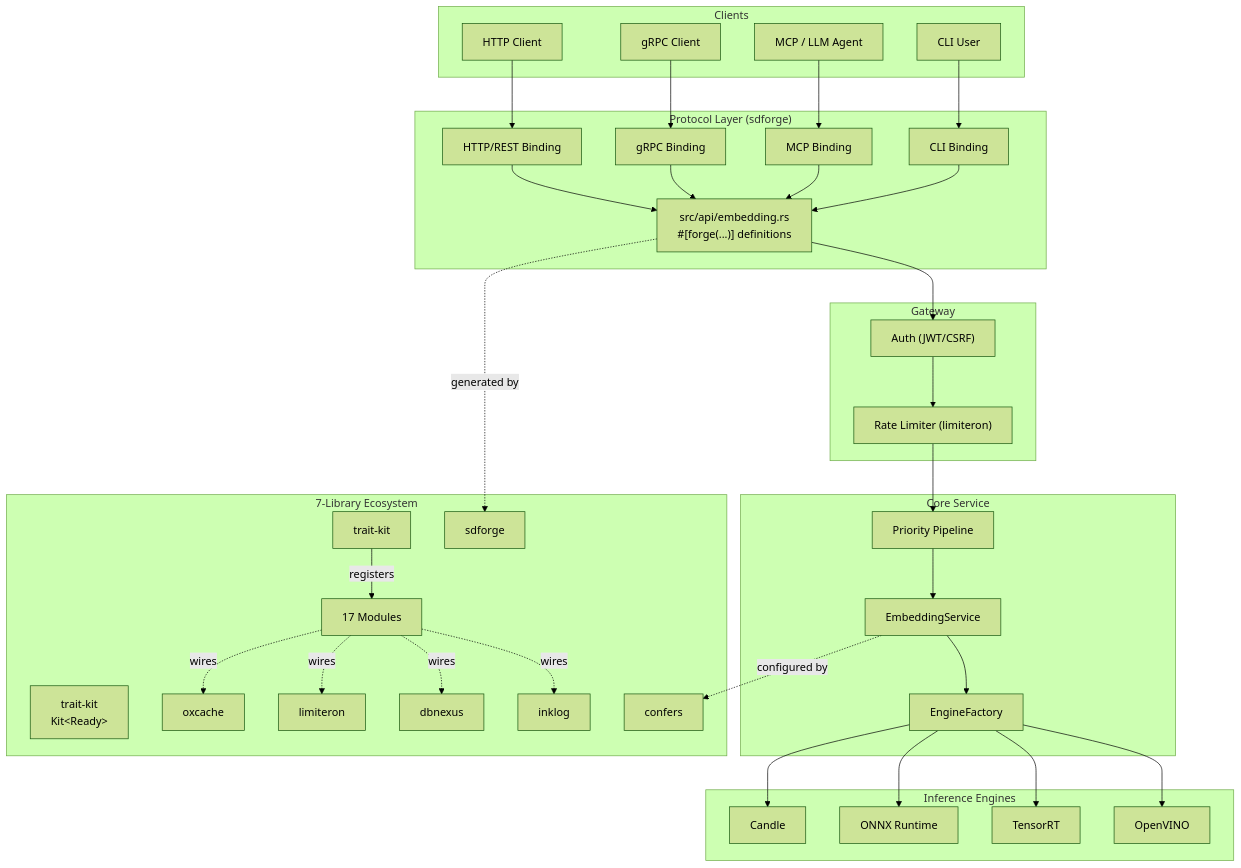
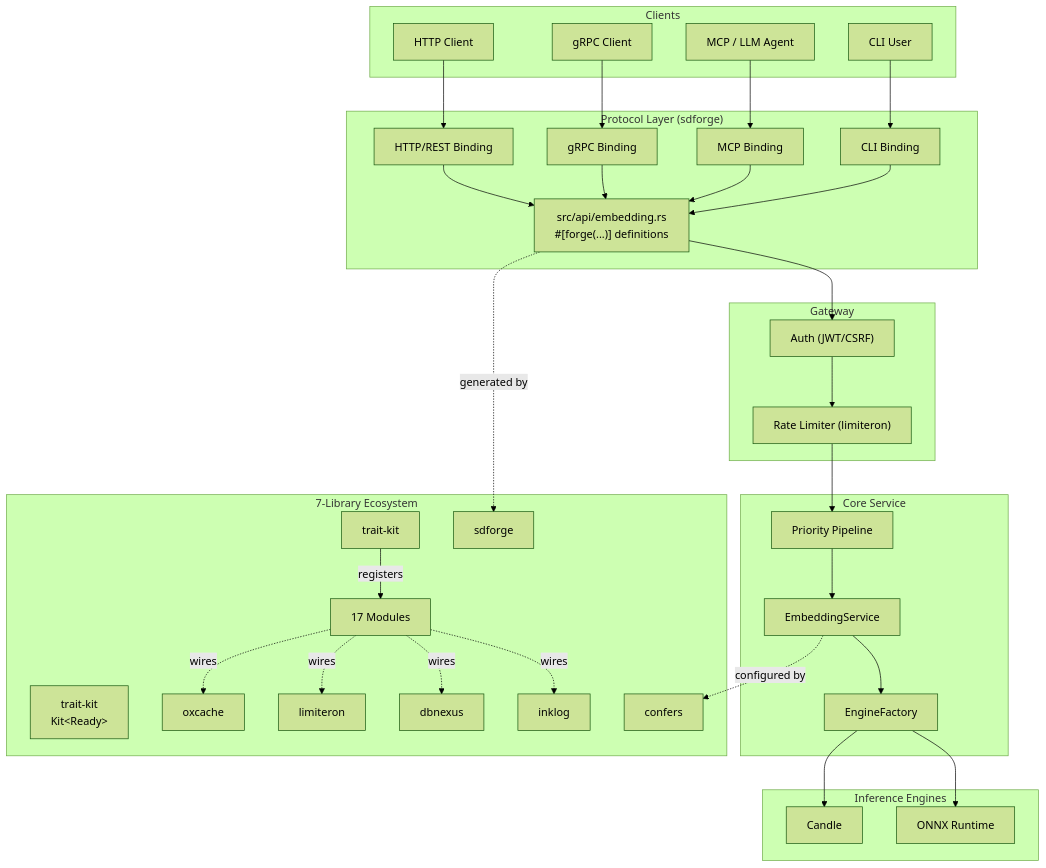
Before and after one commit to Kirky-X/vecboost: the first of 7 diagrams in docs/ARCHITECTURE.md, drawn with Mermaid (forest theme). The commit also changed other lines of this file and 6 other files, not shown here.

````diff
--- a/docs/ARCHITECTURE.md
+++ b/docs/ARCHITECTURE.md
@@ -13,60 +13,58 @@
 ```mermaid
 graph TB
     subgraph Clients["Clients"]
         HTTPClient["HTTP Client"]
         gRPCClient["gRPC Client"]
         MCPClient["MCP / LLM Agent"]
         CLIUser["CLI User"]
     end
 
     subgraph ProtocolLayer["Protocol Layer (sdforge)"]
         API["src/api/embedding.rs<br/>#[forge(...)] definitions"]
         HTTPBinding["HTTP/REST Binding"]
         gRPCBinding["gRPC Binding"]
         MCPBinding["MCP Binding"]
         CLIBinding["CLI Binding"]
     end
 
     subgraph Gateway["Gateway"]
         Auth["Auth (JWT/CSRF)"]
         RateLim["Rate Limiter (limiteron)"]
     end
 
     subgraph Core["Core Service"]
         Pipeline["Priority Pipeline"]
         EmbeddingService["EmbeddingService"]
         EngineFactory["EngineFactory"]
     end
 
     subgraph Engines["Inference Engines"]
         Candle["Candle"]
         ONNX["ONNX Runtime"]
-        TensorRT["TensorRT"]
-        OpenVINO["OpenVINO"]
     end
 
     subgraph Ecosystem["7-Library Ecosystem"]
         Kit["trait-kit<br/>Kit&lt;Ready&gt;"]
         trait-kit -->|registers| Modules["17 Modules"]
         oxcache["oxcache"]
         limiteron["limiteron"]
         dbnexus["dbnexus"]
         inklog["inklog"]
         confers["confers"]
         sdforge["sdforge"]
     end
 
     HTTPClient --> HTTPBinding
     gRPCClient --> gRPCBinding
     MCPClient --> MCPBinding
     CLIUser --> CLIBinding
 
     HTTPBinding & gRPCBinding & MCPBinding & CLIBinding --> API
     API --> Auth --> RateLim --> Pipeline --> EmbeddingService
     EmbeddingService --> EngineFactory
-    EngineFactory --> Candle & ONNX & TensorRT & OpenVINO
+    EngineFactory --> Candle & ONNX
 
     Modules -.->|wires| oxcache & limiteron & dbnexus & inklog
     API -.->|generated by| sdforge
     EmbeddingService -.->|configured by| confers
 ```
````
